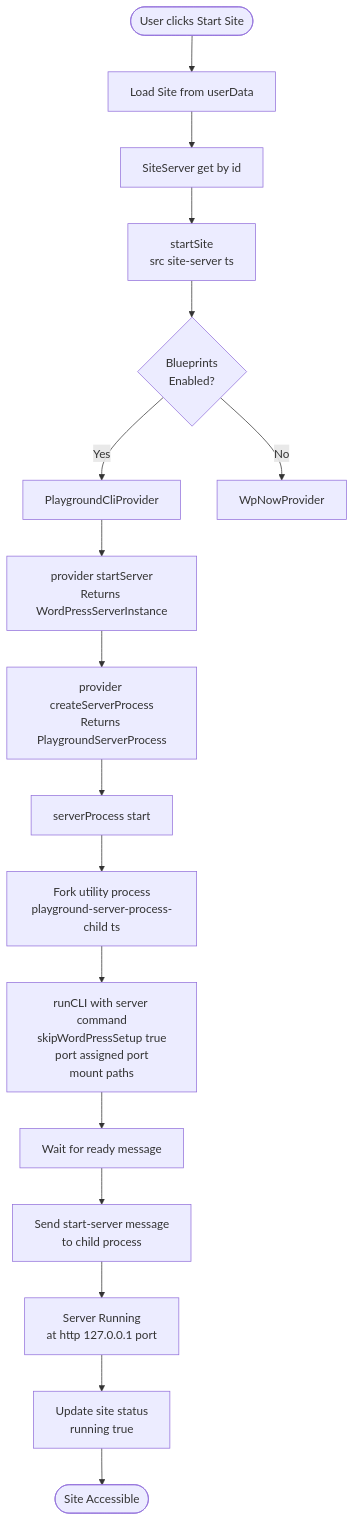
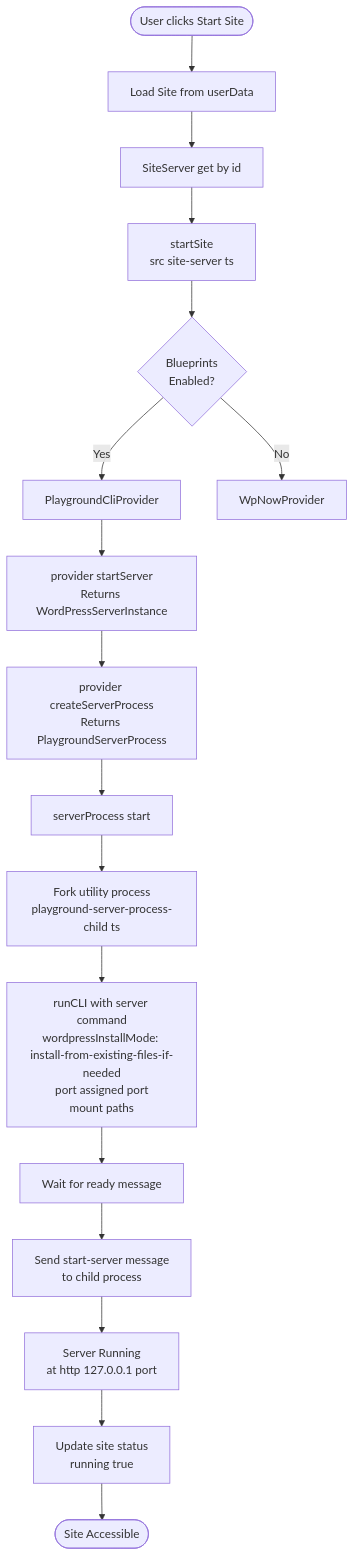
Before and after one commit to Automattic/studio: the second of 3 diagrams in docs/design-docs/playground-cli-workflow.md, drawn with Mermaid. The commit also changed other lines of this file and 3 other files, not shown here.

Commit message:
Migrate skipWordPressSetup to wordpressInstallMode

````diff
--- a/docs/design-docs/playground-cli-workflow.md
+++ b/docs/design-docs/playground-cli-workflow.md
@@ -84,33 +84,33 @@
 ```mermaid
 graph TB
     Start([User clicks Start Site]) --> LoadSite[Load Site from userData]
 
     LoadSite --> GetServer["SiteServer get by id"]
 
     GetServer --> StartSite["startSite<br/>src site-server ts"]
 
     StartSite --> CheckProvider{Blueprints<br/>Enabled?}
 
     CheckProvider --> |Yes| UsePlaygroundCLI[PlaygroundCliProvider]
     CheckProvider --> |No| UseWpNow[WpNowProvider]
 
     UsePlaygroundCLI --> CreateServerInstance["provider startServer<br/>Returns WordPressServerInstance"]
 
     CreateServerInstance --> CreateServerProcess["provider createServerProcess<br/>Returns PlaygroundServerProcess"]
 
     CreateServerProcess --> StartProcess["serverProcess start"]
 
     StartProcess --> ForkChild["Fork utility process<br/>playground-server-process-child ts"]
 
-    ForkChild --> RunServer["runCLI with server command<br/>skipWordPressSetup true<br/>port assigned port<br/>mount paths"]
+    ForkChild --> RunServer["runCLI with server command<br/>wordpressInstallMode: install-from-existing-files-if-needed<br/>port assigned port<br/>mount paths"]
 
     RunServer --> WaitReady[Wait for ready message]
 
     WaitReady --> SendStart["Send start-server message<br/>to child process"]
 
     SendStart --> ServerRunning["Server Running<br/>at http 127.0.0.1 port"]
 
     ServerRunning --> UpdateStatus["Update site status<br/>running true"]
 
     UpdateStatus --> Ready([Site Accessible])
 ```
````
